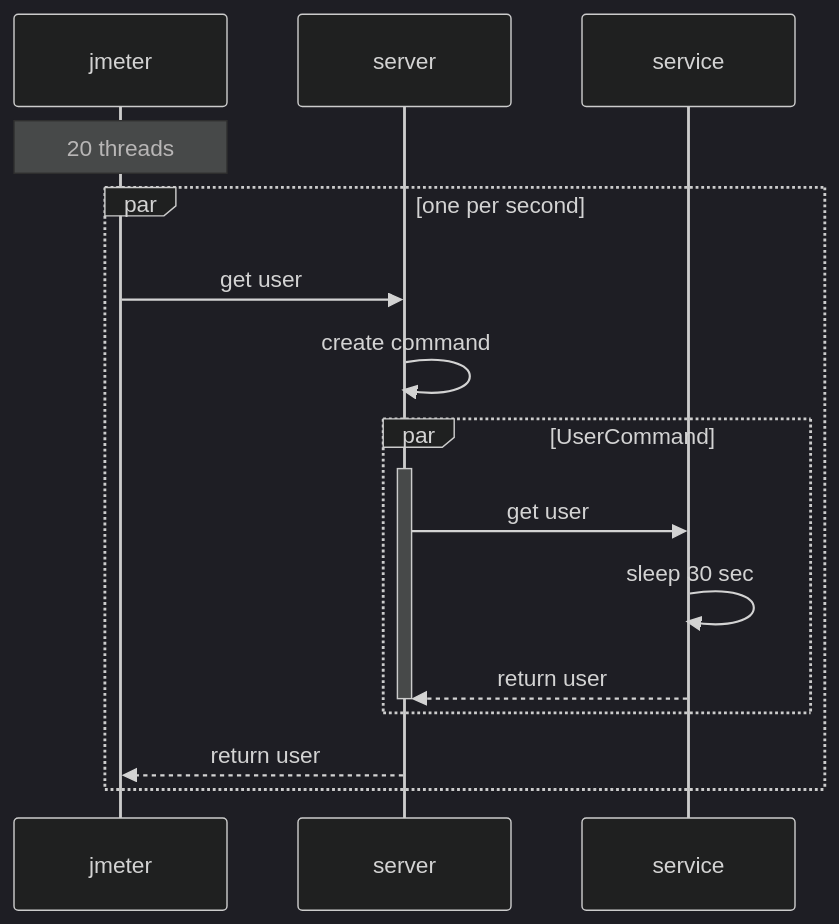
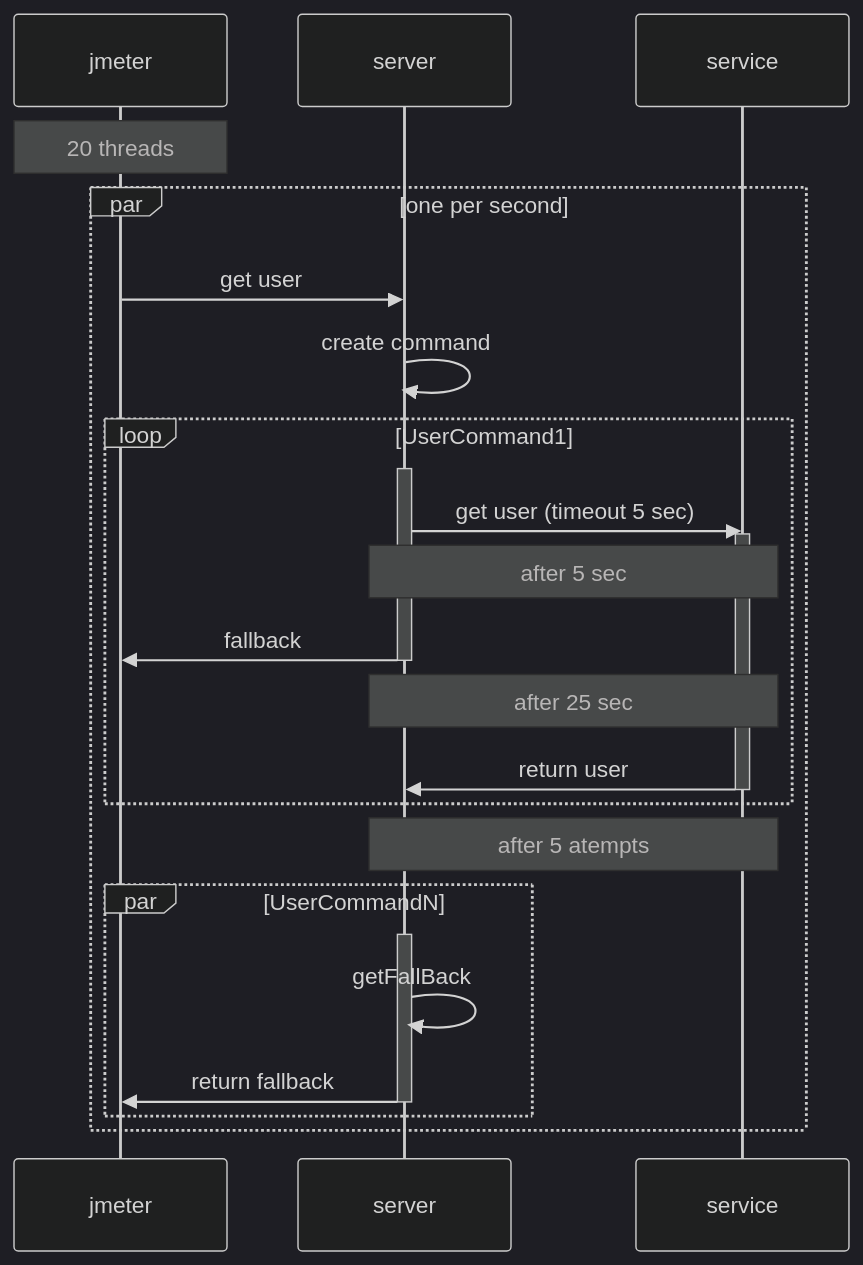
The diagram in graph.md (LostFlimy/HystrixDemo), drawn with Mermaid (dark theme) before and after one commit.

````diff
--- a/graph.md
+++ b/graph.md
@@ -1,19 +1,32 @@
 ```mermaid
    sequenceDiagram;
         participant jmeter
         participant server
         participant service
         note over jmeter: 20 threads
         par one per second
           jmeter ->> server: get user
           server ->> server: create command 
-          par UserCommand
+          loop UserCommand1
             activate server
-            server ->> service: get user
-            service ->> service: sleep 30 sec
-            service -->> server: return user
+            server ->> service: get user (timeout 5 sec)
+            activate service
+            note over server, service: after 5 sec
+            server ->> jmeter: fallback
+            deactivate server
+            note over server, service: after 25 sec
+            service ->> server: return user
+            deactivate service
+        
+          end
+          note over server,service: after 5 atempts
+          par UserCommandN
+            activate server
+            server ->> server: getFallBack
+            server ->> jmeter: return fallback
             deactivate server
           end
-          server -->> jmeter: return user
+          
+         
         end
 ```
````
